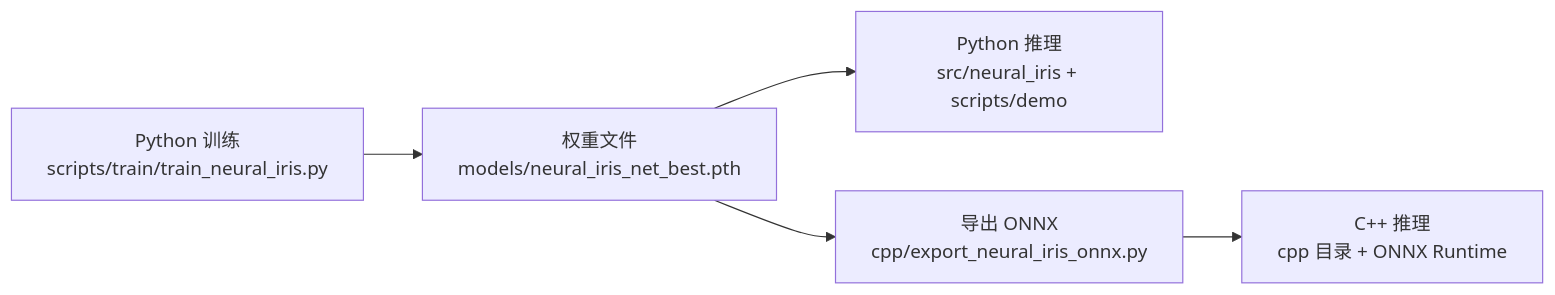
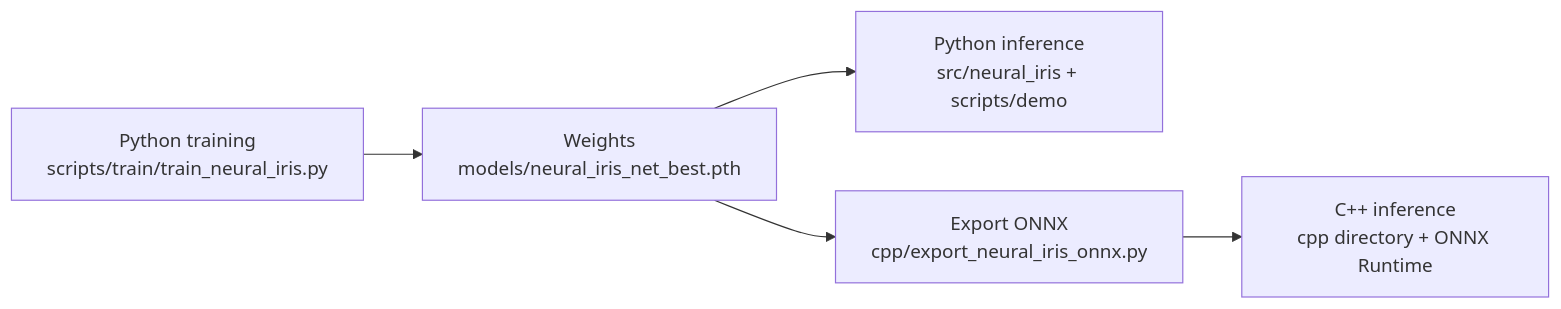
One commit to Hiashekiy/Neural-IRIS changed the diagram in README.md. Above: the diagram before and after it, drawn with Mermaid. The commit also changed other lines of this file and 1 other file, not shown here.

````diff
--- a/README.md
+++ b/README.md
@@ -15,7 +17,7 @@
 ```mermaid
 flowchart LR
-    T[Python 训练<br/>scripts/train/train_neural_iris.py] --> W[权重文件<br/>models/neural_iris_net_best.pth]
-    W --> P[Python 推理<br/>src/neural_iris + scripts/demo]
-    W --> E[导出 ONNX<br/>cpp/export_neural_iris_onnx.py]
-    E --> C[C++ 推理<br/>cpp 目录 + ONNX Runtime]
+    T[Python training<br/>scripts/train/train_neural_iris.py] --> W[Weights<br/>models/neural_iris_net_best.pth]
+    W --> P[Python inference<br/>src/neural_iris + scripts/demo]
+    W --> E[Export ONNX<br/>cpp/export_neural_iris_onnx.py]
+    E --> C[C++ inference<br/>cpp directory + ONNX Runtime]
 ```
````
